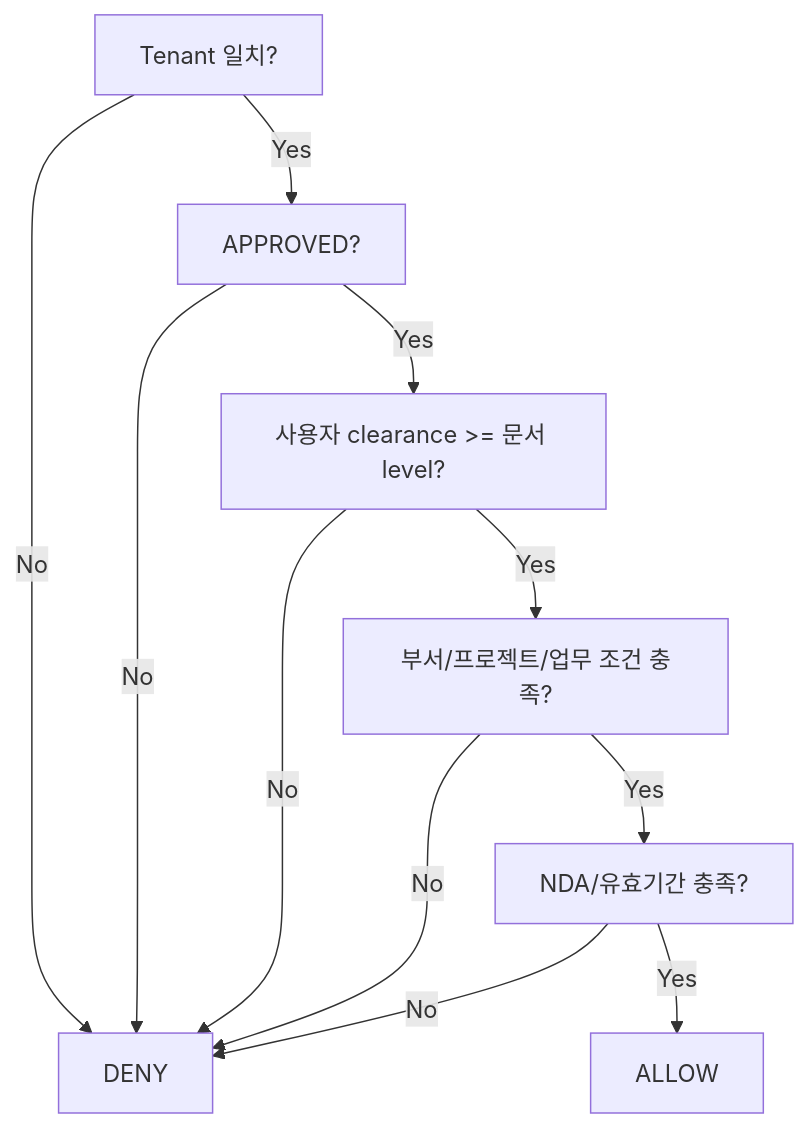
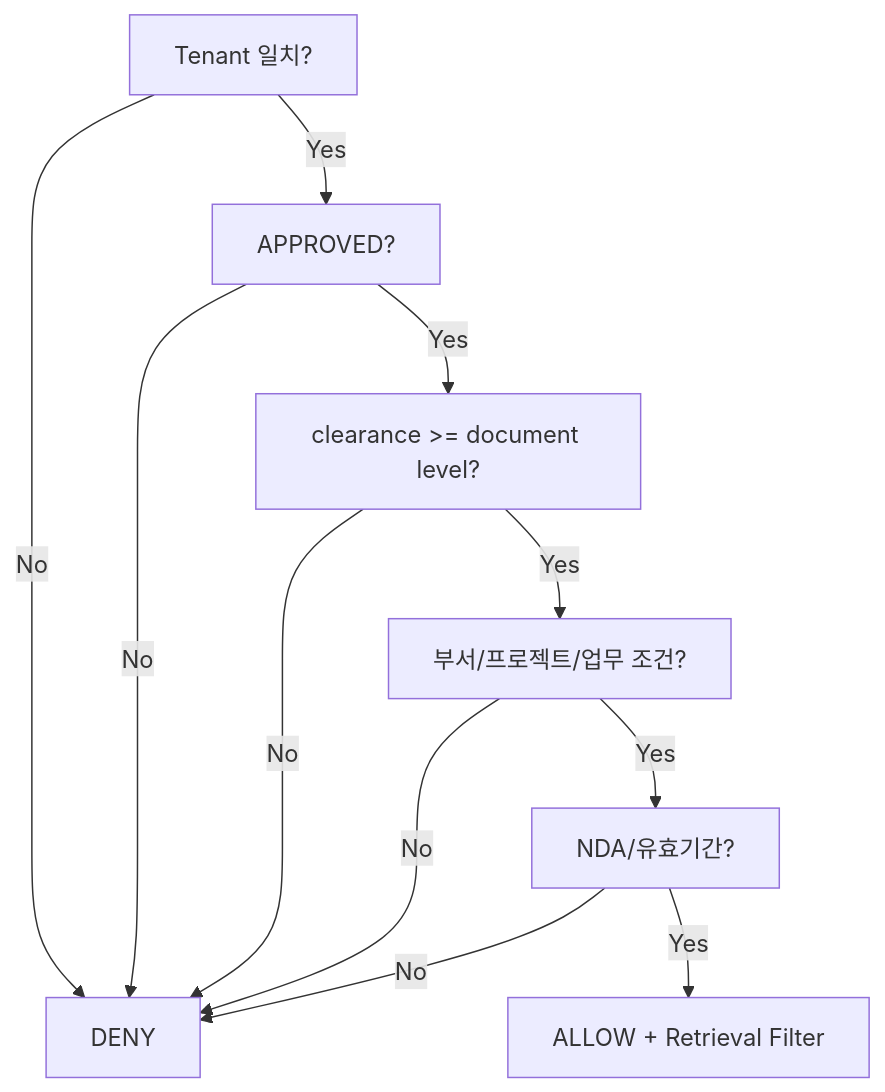
Before and after one commit to hori5000/Rulmera-OPA: the diagram in rulmera-enterprise-knowledge/20-설계/03-OPA-권한모델.md, drawn with Mermaid. The commit also changed other lines of this file and 38 other files, not shown here.

````diff
--- a/rulmera-enterprise-knowledge/20-설계/03-OPA-권한모델.md
+++ b/rulmera-enterprise-knowledge/20-설계/03-OPA-권한모델.md
@@ -34,13 +40,13 @@
 ```mermaid
 flowchart TD
   A[Tenant 일치?] -->|No| DENY[DENY]
   A -->|Yes| B[APPROVED?]
   B -->|No| DENY
-  B -->|Yes| C[사용자 clearance >= 문서 level?]
+  B -->|Yes| C[clearance >= document level?]
   C -->|No| DENY
-  C -->|Yes| D[부서/프로젝트/업무 조건 충족?]
+  C -->|Yes| D[부서/프로젝트/업무 조건?]
   D -->|No| DENY
-  D -->|Yes| E[NDA/유효기간 충족?]
+  D -->|Yes| E[NDA/유효기간?]
   E -->|No| DENY
-  E -->|Yes| ALLOW[ALLOW]
+  E -->|Yes| ALLOW[ALLOW + Retrieval Filter]
 ```
````
